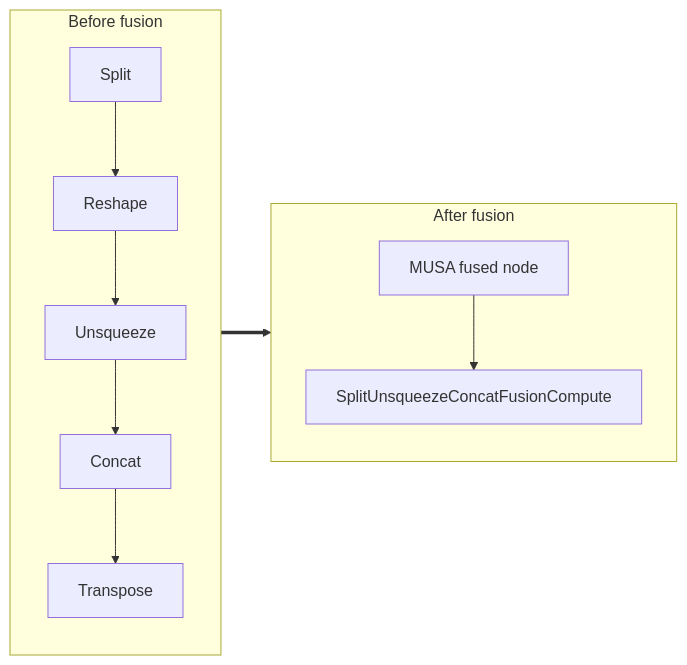
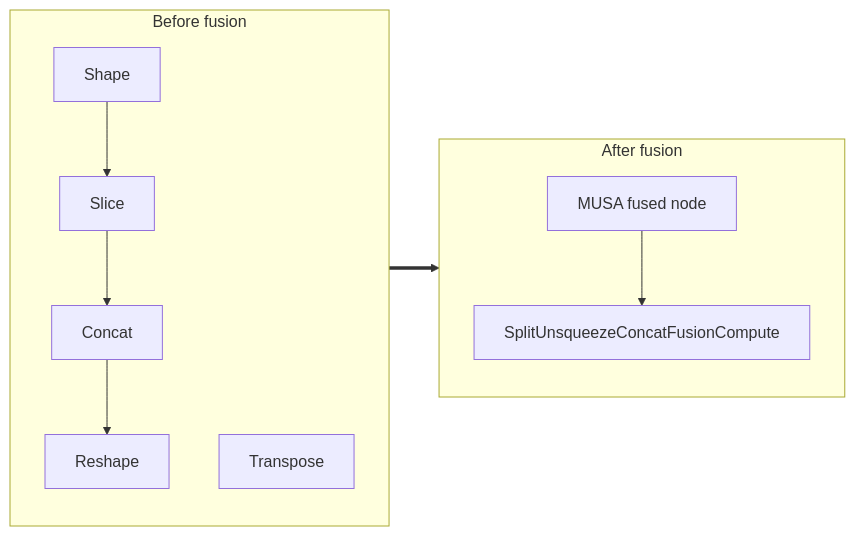
Before and after one commit to MooreThreads/onnxruntime-musa: the diagram in musa/docs/fusion/split_unsqueeze_concat.md, drawn with Mermaid. The commit also changed other lines of this file and 2 other files, not shown here.

````diff
--- a/musa/docs/fusion/split_unsqueeze_concat.md
+++ b/musa/docs/fusion/split_unsqueeze_concat.md
@@ -24,20 +24,19 @@
 ```mermaid
 flowchart LR
   subgraph Before[Before fusion]
-    B0["Split"]
-    B1["Reshape"]
+    B0["Shape"]
+    B1["Slice"]
+    B2["Concat"]
+    B3["Reshape"]
+    B4["Transpose"]
     B0 --> B1
-    B2["Unsqueeze"]
     B1 --> B2
-    B3["Concat"]
     B2 --> B3
-    B4["Transpose"]
-    B3 --> B4
   end
   subgraph After[After fusion]
     A0["MUSA fused node"]
     A1["SplitUnsqueezeConcatFusionCompute"]
     A0 --> A1
   end
   Before ==> After
 ```
````
